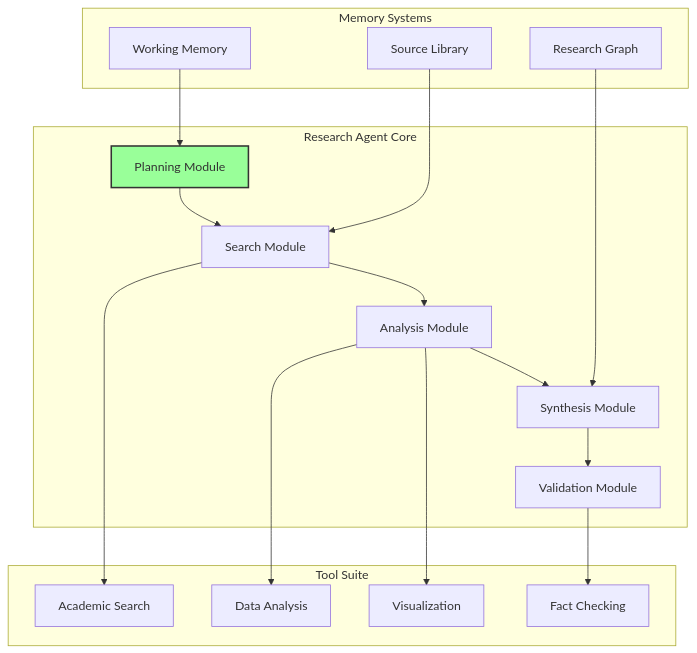
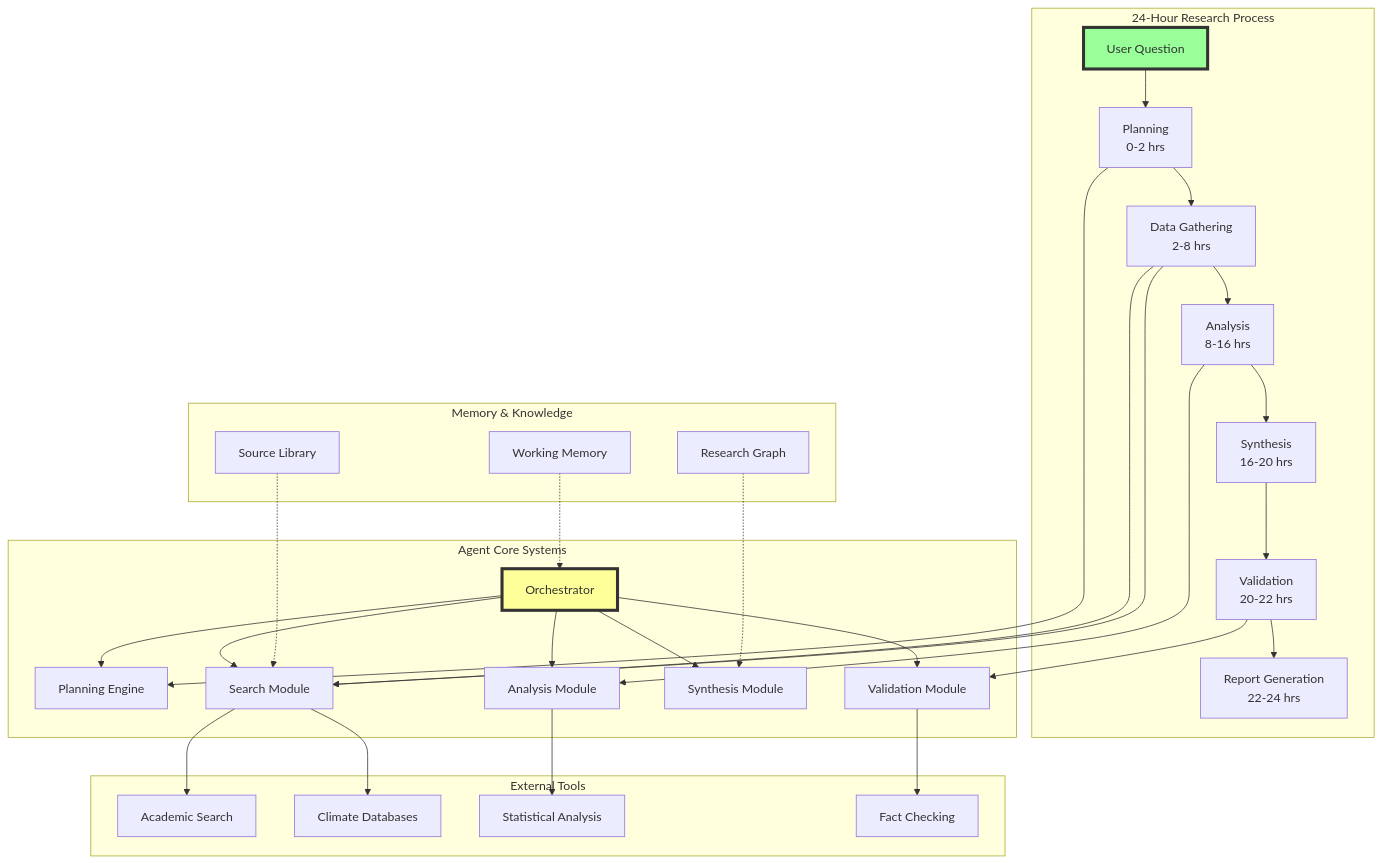
Before and after one commit to nikspatel007/workshop-agents: the first of 7 diagrams in reading_materials/DEEP_RESEARCH_AGENT_THOUGHT_EXPERIMENT.md, drawn with Mermaid. The commit also changed other lines of this file, not shown here.

First line of the commit message:
Revise Deep Research Agent document for cohesion and clarity

````diff
--- a/reading_materials/DEEP_RESEARCH_AGENT_THOUGHT_EXPERIMENT.md
+++ b/reading_materials/DEEP_RESEARCH_AGENT_THOUGHT_EXPERIMENT.md
@@ -73,39 +18,45 @@
 ```mermaid
 graph TD
-    subgraph "Research Agent Core"
-        A[Planning Module]
-        B[Search Module]
-        C[Analysis Module]
-        D[Synthesis Module]
-        E[Validation Module]
+    subgraph "24-Hour Research Process"
+        A[User Question] --> B[Planning<br/>0-2 hrs]
+        B --> C[Data Gathering<br/>2-8 hrs]
+        C --> D[Analysis<br/>8-16 hrs]
+        D --> E[Synthesis<br/>16-20 hrs]
+        E --> F[Validation<br/>20-22 hrs]
+        F --> G[Report Generation<br/>22-24 hrs]
     end
     
-    subgraph "Memory Systems"
-        F[Working Memory]
-        G[Research Graph]
-        H[Source Library]
+    subgraph "Agent Core Systems"
+        H[Orchestrator] --> I[Planning Engine]
+        H --> J[Search Module]
+        H --> K[Analysis Module]
+        H --> L[Synthesis Module]
+        H --> M[Validation Module]
     end
     
-    subgraph "Tool Suite"
-        I[Academic Search]
-        J[Data Analysis]
-        K[Visualization]
-        L[Fact Checking]
+    subgraph "Memory & Knowledge"
+        N[Working Memory]
+        O[Research Graph]
+        P[Source Library]
     end
     
-    A --> B
-    B --> C
-    C --> D
-    D --> E
+    subgraph "External Tools"
+        Q[Academic Search]
+        R[Climate Databases]
+        S[Statistical Analysis]
+        T[Fact Checking]
+    end
     
     B --> I
-    C --> J
-    C --> K
-    E --> L
+    C --> J --> Q
+    C --> J --> R
+    D --> K --> S
+    F --> M --> T
     
-    F --> A
-    G --> D
-    H --> B
+    N -.-> H
+    O -.-> L
+    P -.-> J
     
-    style A fill:#9f9,stroke:#333,stroke-width:2px
+    style A fill:#9f9,stroke:#333,stroke-width:4px
+    style H fill:#ff9,stroke:#333,stroke-width:4px
 ```
````
